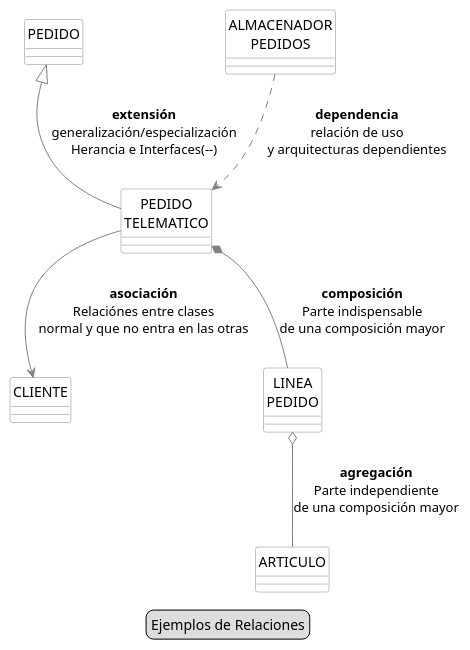
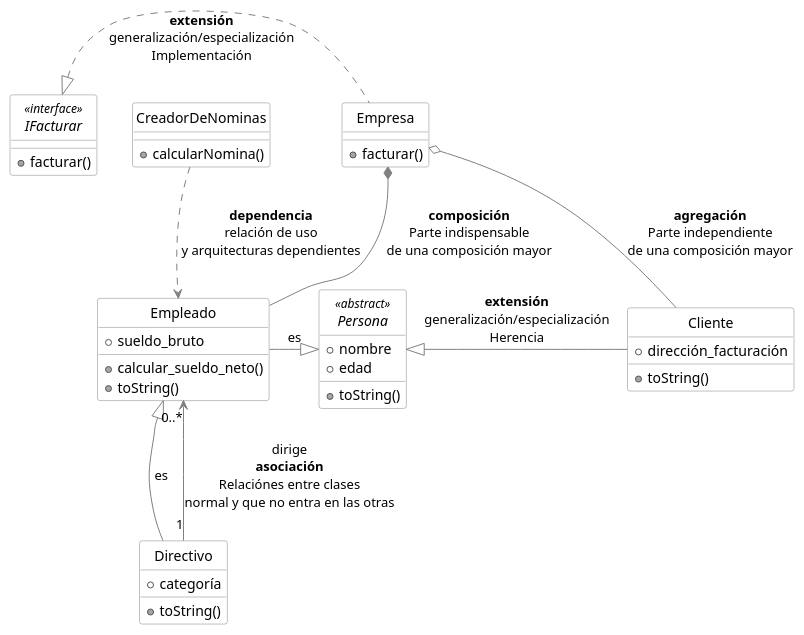
One commit to srlopez/RUP changed the second of 7 diagrams in ejemplos/fraccion_completo.md. Above: the diagram before and after it, drawn with PlantUML. The commit also changed other lines of this file, not shown here.

Commit message:
relaciones

````diff
--- a/ejemplos/fraccion_completo.md
+++ b/ejemplos/fraccion_completo.md
@@ -146,29 +146,54 @@
 ```plantuml
-
+left to right direction
+'top to bottom direction
 @startuml
+skinparam monochrome true
+skinparam backgroundColor transparent
+skinparam classBackgroundColor transparent
+'skinparam handwritten true
+skinparam style strictuml
 skinparam class {
-  skinparam monochrome true
   skinparam shadowing false
   BackgroundColor White
   BorderColor Gray
   ' FontName Consolas
   ArrowColor Gray
 }
-scale 1
-hide circle
-legend Ejemplos de Relaciones 
-class "ALMACENADOR\nPEDIDOS" as A
-class "CLIENTE" as C
-class "PEDIDO" as D
-class "PEDIDO\nTELEMATICO" as B
-class "LINEA\nPEDIDO" as F
-class "ARTICULO" as E
-'left to right direction
 
-A ..> B : <b>dependencia</b>\nrelación de uso\ny arquitecturas dependientes
-B --> C : <b>asociación</b>\nRelaciónes entre clases\nnormal y que no entra en las otras
-B -u-|> D : <b>extensión</b>\ngeneralización/especialización\nHerancia e Interfaces(--)
-F o-- E: <b>agregación</b>\nParte independiente\nde una composición mayor
-B *-- F: <b>composición</b>\nParte indispensable\nde una composición mayor
+abstract Persona <<abstract>>{
+ +nombre
+ +edad
+ +toString()
+}
+Class Empleado {
+ +sueldo_bruto
+ +calcular_sueldo_neto()
+ +toString()
+}
+Class Cliente {
+ +dirección_facturación
+ +toString()
+}
+Class Directivo {
+ +categoría
+ +toString()
+}
+Class Empresa {
+ +facturar()
+}
+Class CreadorDeNominas {
+ +calcularNomina()
+}
+Interface IFacturar <<interface>> {
+ +facturar()
+}
+IFacturar <|.r. Empresa: <b>extensión</b>\ngeneralización/especialización\nImplementación
+Persona <|-r- Cliente: <b>extensión</b>\ngeneralización/especialización\nHerencia
+Empleado -r-|> Persona: es
+Empleado <|-- Directivo: es
+Empresa o-- Cliente: <b>agregación</b>\nParte independiente\nde una composición mayor
+Empresa *-- Empleado: <b>composición</b>\nParte indispensable\nde una composición mayor
+CreadorDeNominas ..> Empleado: <b>dependencia</b>\nrelación de uso\ny arquitecturas dependientes
+Directivo "1" --> "0..*" Empleado: dirige\n<b>asociación</b>\nRelaciónes entre clases\nnormal y que no entra en las otras
 @enduml
 ```
````
